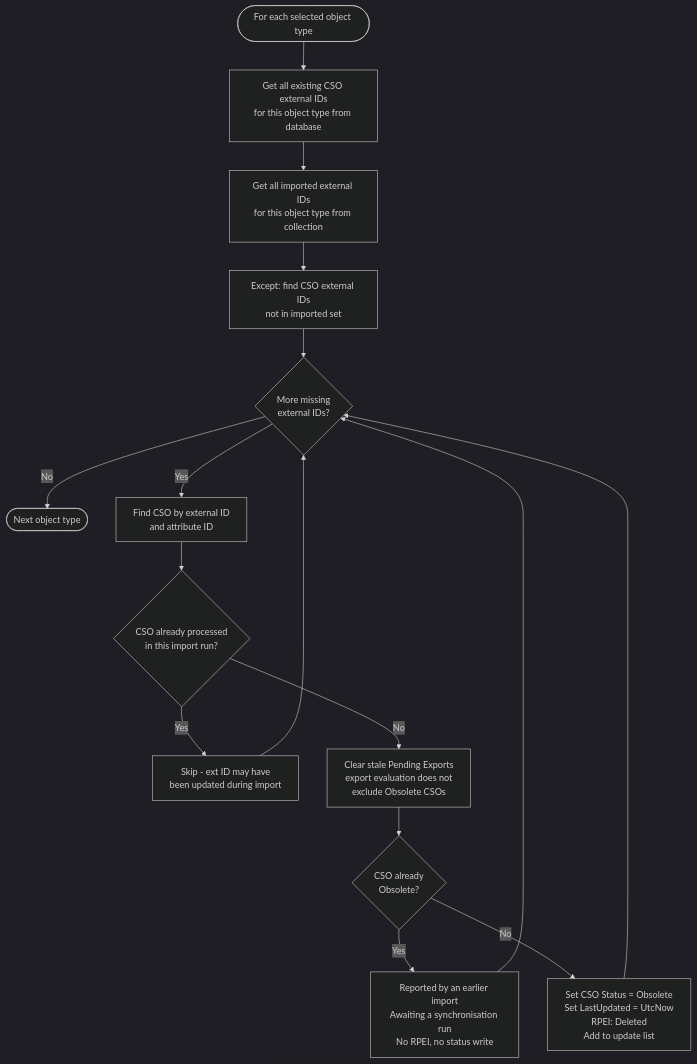
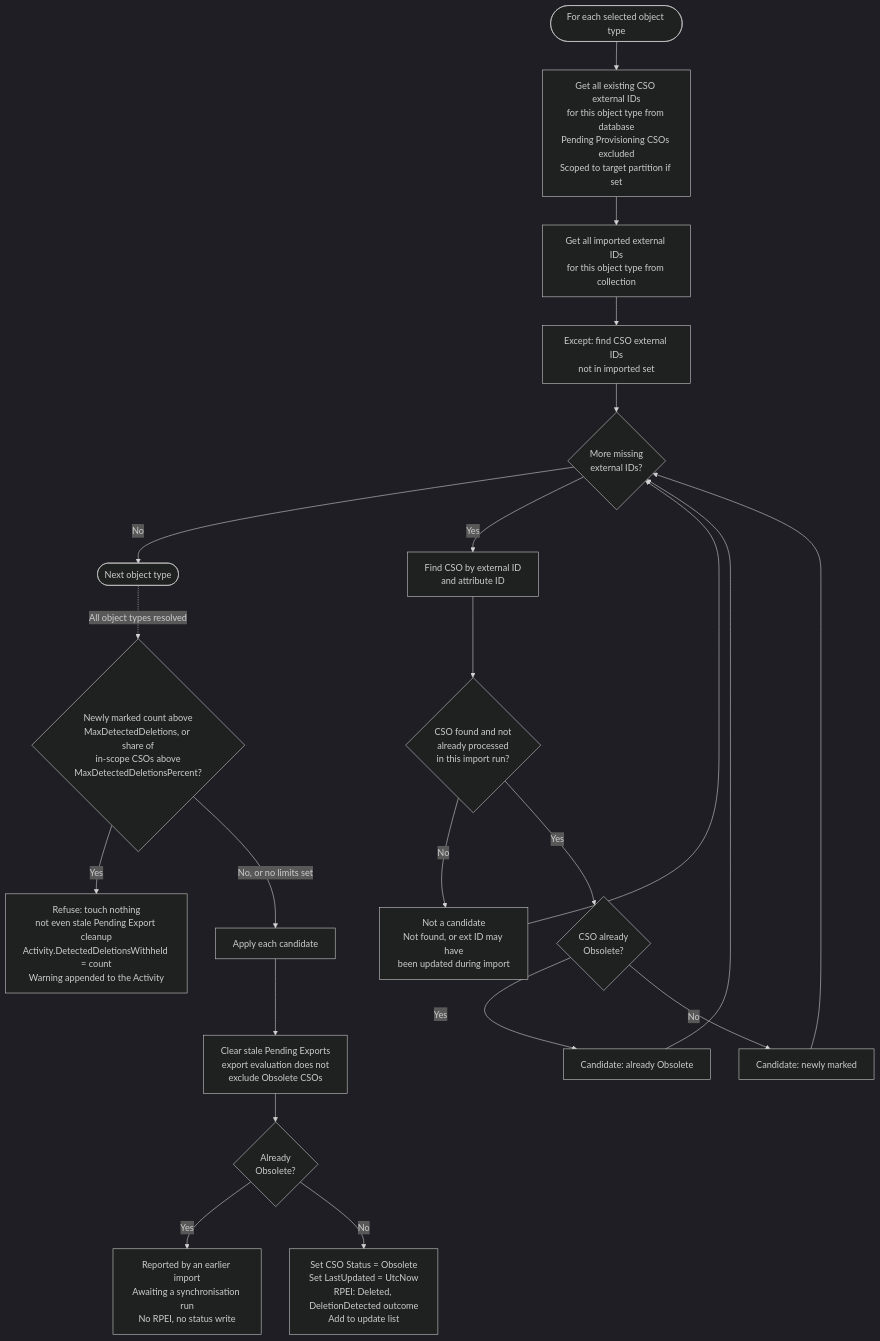
Before and after one commit to TetronIO/JIM: the third of 6 diagrams in docs/developer/diagrams/FULL_IMPORT_FLOW.md, drawn with Mermaid (dark theme). The commit also changed other lines of this file and 49 other files, not shown here.

Commit message:
docs: update documentation, diagrams and changelog for v0.15.0 release

````diff
--- a/docs/developer/diagrams/FULL_IMPORT_FLOW.md
+++ b/docs/developer/diagrams/FULL_IMPORT_FLOW.md
@@ -134,18 +150,25 @@
 ```mermaid
 flowchart TD
-    Start([For each selected object type]) --> GetExisting[Get all existing CSO external IDs<br/>for this object type from database]
+    Start([For each selected object type]) --> GetExisting[Get all existing CSO external IDs<br/>for this object type from database<br/>Pending Provisioning CSOs excluded<br/>Scoped to target partition if set]
     GetExisting --> GetImported[Get all imported external IDs<br/>for this object type from collection]
     GetImported --> Compare[Except: find CSO external IDs<br/>not in imported set]
     Compare --> Loop{More missing<br/>external IDs?}
-    Loop -->|No| Done([Next object type])
+    Loop -->|No| NextType([Next object type])
     Loop -->|Yes| FindCso[Find CSO by external ID<br/>and attribute ID]
-    FindCso --> CheckProcessed{CSO already processed<br/>in this import run?}
-    CheckProcessed -->|Yes| SkipLog[Skip - ext ID may have<br/>been updated during import]
-    SkipLog --> Loop
-    CheckProcessed -->|No| ClearPes[Clear stale Pending Exports<br/>export evaluation does not<br/>exclude Obsolete CSOs]
-    ClearPes --> AlreadyObsolete{CSO already<br/>Obsolete?}
-    AlreadyObsolete -->|Yes| StillGone[Reported by an earlier import<br/>Awaiting a synchronisation run<br/>No RPEI, no status write]
-    StillGone --> Loop
-    AlreadyObsolete -->|No| Obsolete[Set CSO Status = Obsolete<br/>Set LastUpdated = UtcNow<br/>RPEI: Deleted<br/>Add to update list]
-    Obsolete --> Loop
+    FindCso --> Found{CSO found and not<br/>already processed<br/>in this import run?}
+    Found -->|No| Drop[Not a candidate<br/>Not found, or ext ID may have<br/>been updated during import]
+    Drop --> Loop
+    Found -->|Yes| Classify{CSO already<br/>Obsolete?}
+    Classify -->|Yes| AlreadyObsolete[Candidate: already Obsolete]
+    Classify -->|No| NewlyMarked[Candidate: newly marked]
+    AlreadyObsolete --> Loop
+    NewlyMarked --> Loop
+
+    NextType -.->|All object types resolved| Limits{Newly marked count above<br/>MaxDetectedDeletions, or share of<br/>in-scope CSOs above<br/>MaxDetectedDeletionsPercent?}
+    Limits -->|Yes| Refuse[Refuse: touch nothing<br/>not even stale Pending Export cleanup<br/>Activity.DetectedDeletionsWithheld = count<br/>Warning appended to the Activity]
+    Limits -->|No, or no limits set| Apply[Apply each candidate]
+    Apply --> ClearPes[Clear stale Pending Exports<br/>export evaluation does not<br/>exclude Obsolete CSOs]
+    ClearPes --> WasObsolete{Already<br/>Obsolete?}
+    WasObsolete -->|Yes| StillGone[Reported by an earlier import<br/>Awaiting a synchronisation run<br/>No RPEI, no status write]
+    WasObsolete -->|No| Obsolete[Set CSO Status = Obsolete<br/>Set LastUpdated = UtcNow<br/>RPEI: Deleted, DeletionDetected outcome<br/>Add to update list]
 ```
````
